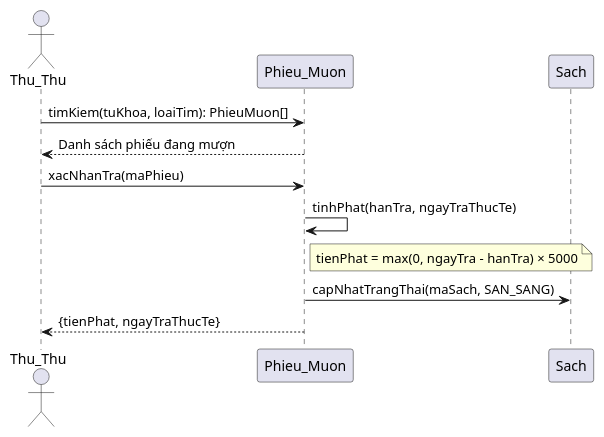
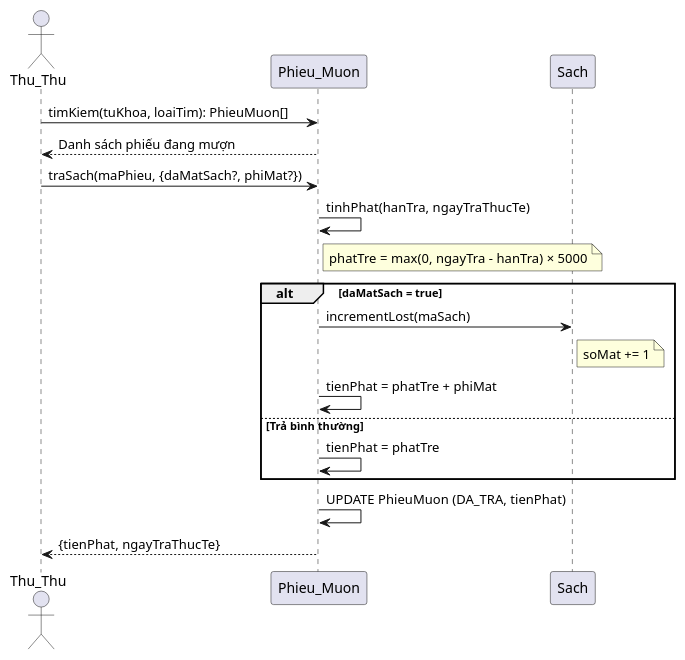
The eighth of 15 diagrams in .kiro/document/BaoCao_3UC_PlantUML.md (NPhamDoan/FULL_QLThuVien), drawn with PlantUML before and after one commit. The commit also changed other lines of this file and 37 other files, not shown here.

````diff
--- a/.kiro/document/BaoCao_3UC_PlantUML.md
+++ b/.kiro/document/BaoCao_3UC_PlantUML.md
@@ -256,15 +281,24 @@
 ```plantuml
 @startuml
 actor "Thu_Thu" as TT
 participant "Phieu_Muon" as PM
 participant "Sach" as S
 
 TT -> PM : timKiem(tuKhoa, loaiTim): PhieuMuon[]
 PM --> TT : Danh sách phiếu đang mượn
-TT -> PM : xacNhanTra(maPhieu)
+TT -> PM : traSach(maPhieu, {daMatSach?, phiMat?})
 PM -> PM : tinhPhat(hanTra, ngayTraThucTe)
-note right of PM : tienPhat = max(0, ngayTra - hanTra) × 5000
-PM -> S : capNhatTrangThai(maSach, SAN_SANG)
+note right of PM : phatTre = max(0, ngayTra - hanTra) × 5000
+
+alt daMatSach = true
+    PM -> S : incrementLost(maSach)
+    note right of S : soMat += 1
+    PM -> PM : tienPhat = phatTre + phiMat
+else Trả bình thường
+    PM -> PM : tienPhat = phatTre
+end
+
+PM -> PM : UPDATE PhieuMuon (DA_TRA, tienPhat)
 PM --> TT : {tienPhat, ngayTraThucTe}
 @enduml
 ```
````
